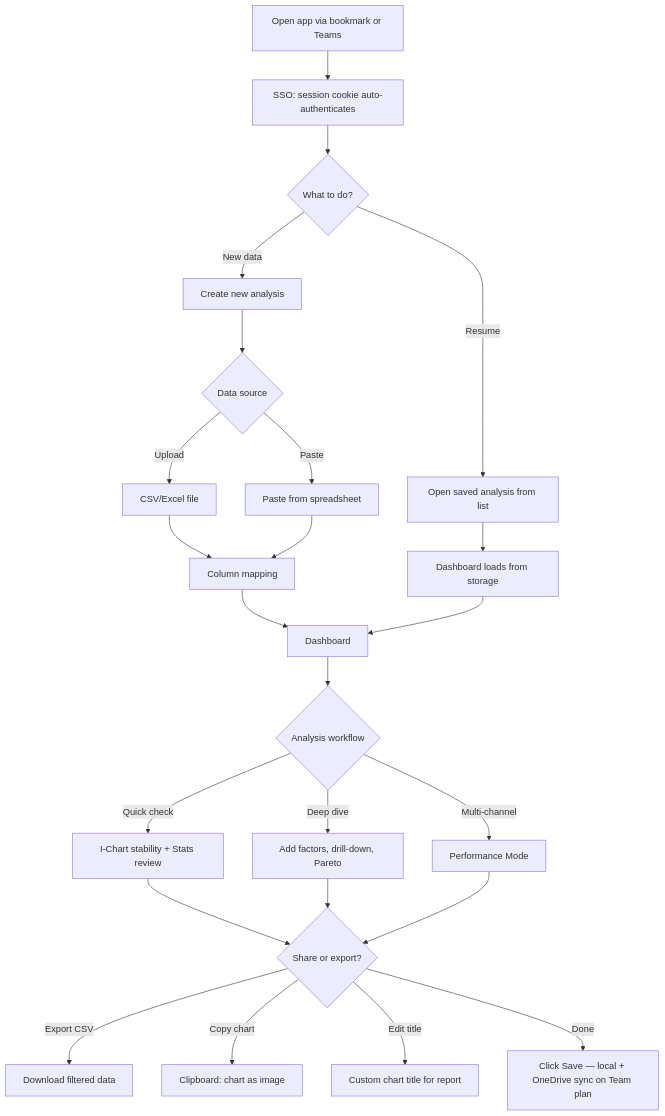
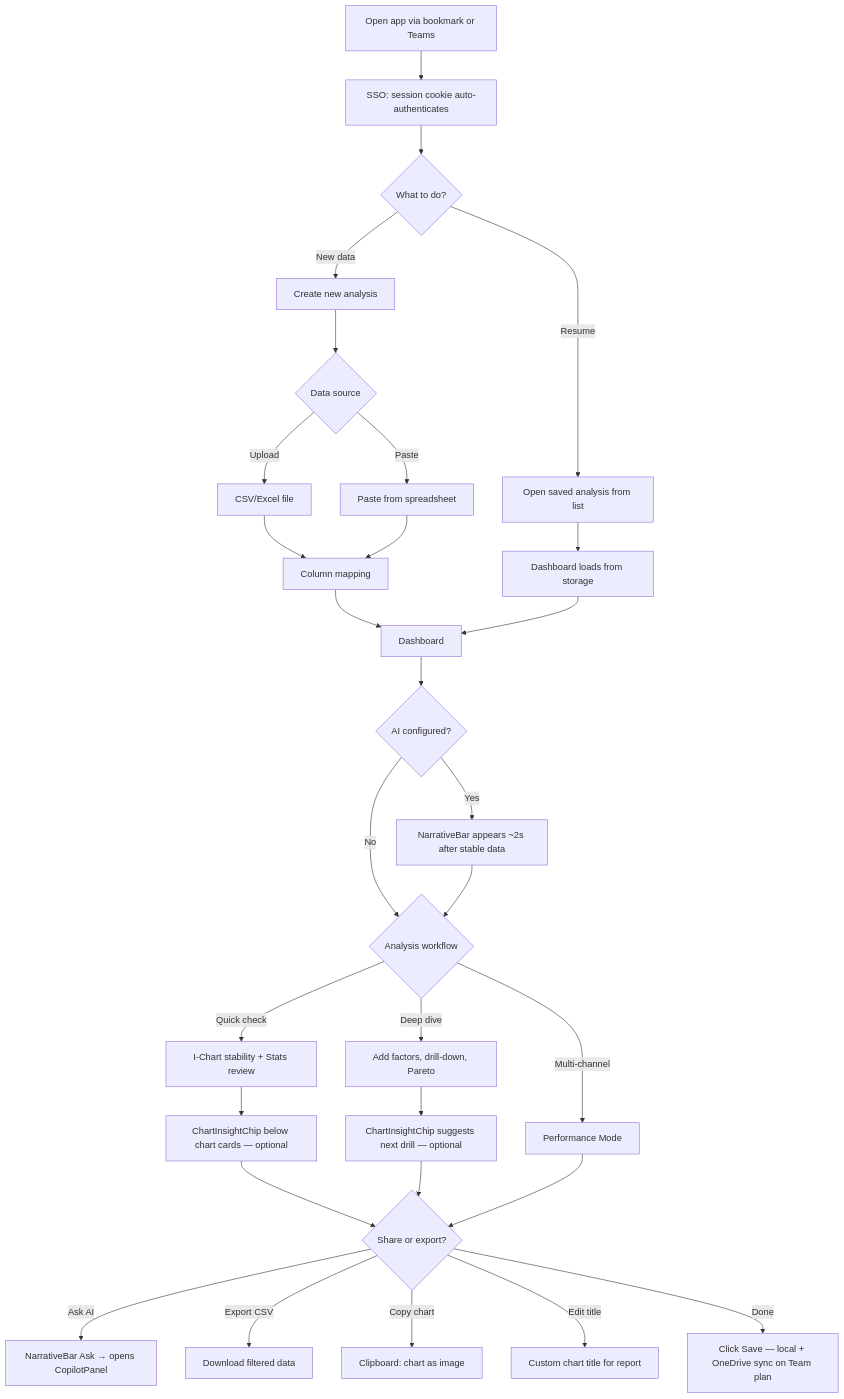
Before and after one commit to jukka-matti/variscout: the first of 2 diagrams in docs/02-journeys/flows/azure-daily-use.md, drawn with Mermaid. The commit also changed other lines of this file and 18 other files, not shown here.

````diff
--- a/docs/02-journeys/flows/azure-daily-use.md
+++ b/docs/02-journeys/flows/azure-daily-use.md
@@ -35,26 +35,32 @@
 ```mermaid
 flowchart TD
     A[Open app via bookmark or Teams] --> B[SSO: session cookie auto-authenticates]
     B --> C{What to do?}
     C -->|Resume| D[Open saved analysis from list]
     C -->|New data| E[Create new analysis]
     D --> F[Dashboard loads from storage]
     E --> G{Data source}
     G -->|Upload| H[CSV/Excel file]
     G -->|Paste| I[Paste from spreadsheet]
     H --> J[Column mapping]
     I --> J
     J --> K[Dashboard]
     F --> K
-    K --> L{Analysis workflow}
+    K --> K2{AI configured?}
+    K2 -->|Yes| K3[NarrativeBar appears ~2s after stable data]
+    K2 -->|No| L
+    K3 --> L{Analysis workflow}
     L -->|Quick check| M[I-Chart stability + Stats review]
     L -->|Deep dive| N[Add factors, drill-down, Pareto]
     L -->|Multi-channel| O[Performance Mode]
-    M --> P{Share or export?}
-    N --> P
+    M --> M2[ChartInsightChip below chart cards — optional]
+    M2 --> P{Share or export?}
+    N --> N2[ChartInsightChip suggests next drill — optional]
+    N2 --> P
     O --> P
+    P -->|Ask AI| P2[NarrativeBar Ask → opens CopilotPanel]
     P -->|Export CSV| Q[Download filtered data]
     P -->|Copy chart| R[Clipboard: chart as image]
     P -->|Edit title| S[Custom chart title for report]
     P -->|Done| T[Click Save — local + OneDrive sync on Team plan]
 ```
````
